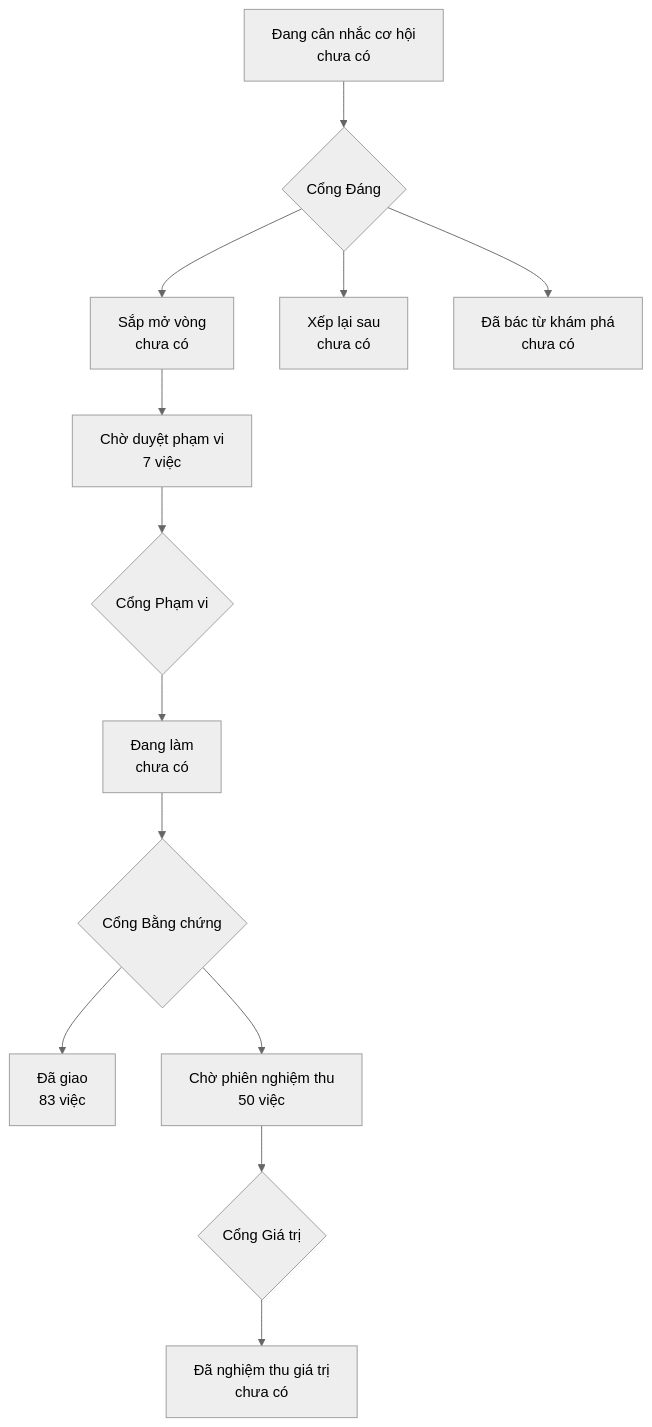
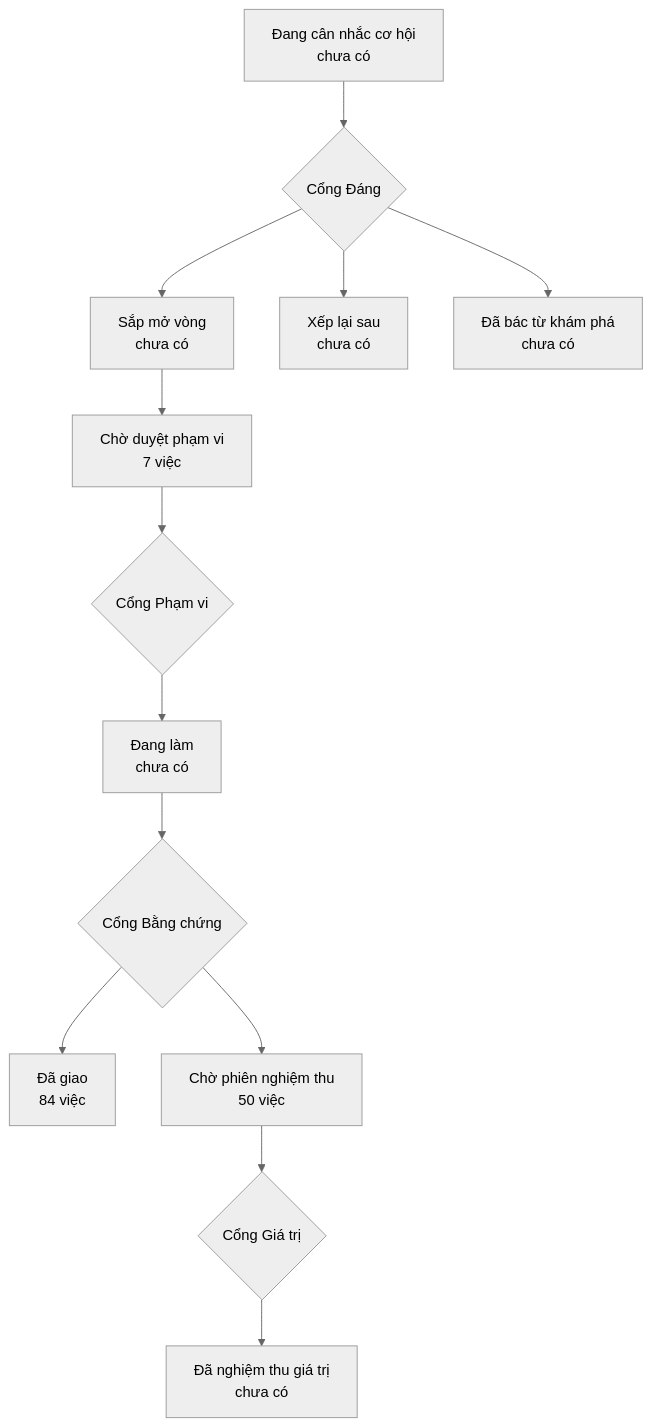
One commit to phanlemanh/onehub-invest changed the diagram in PRODUCT-MAP.md. Above: the diagram before and after it, drawn with Mermaid (neutral theme). The commit also changed other lines of this file and 4 other files, not shown here.

````diff
--- a/PRODUCT-MAP.md
+++ b/PRODUCT-MAP.md
@@ -7,12 +7,12 @@
 ```mermaid
 flowchart TD
   A["Đang cân nhắc cơ hội<br/>chưa có"] --> GD{"Cổng Đáng"}
   GD --> B["Sắp mở vòng<br/>chưa có"]
   GD --> XL["Xếp lại sau<br/>chưa có"]
   GD --> DB["Đã bác từ khám phá<br/>chưa có"]
   B --> CD["Chờ duyệt phạm vi<br/>7 việc"] --> GP{"Cổng Phạm vi"}
   GP --> DL["Đang làm<br/>chưa có"] --> GB{"Cổng Bằng chứng"}
-  GB --> DG["Đã giao<br/>83 việc"]
+  GB --> DG["Đã giao<br/>84 việc"]
   GB --> CN["Chờ phiên nghiệm thu<br/>50 việc"] --> GG{"Cổng Giá trị"}
   GG --> NT["Đã nghiệm thu giá trị<br/>chưa có"]
 ```
````
